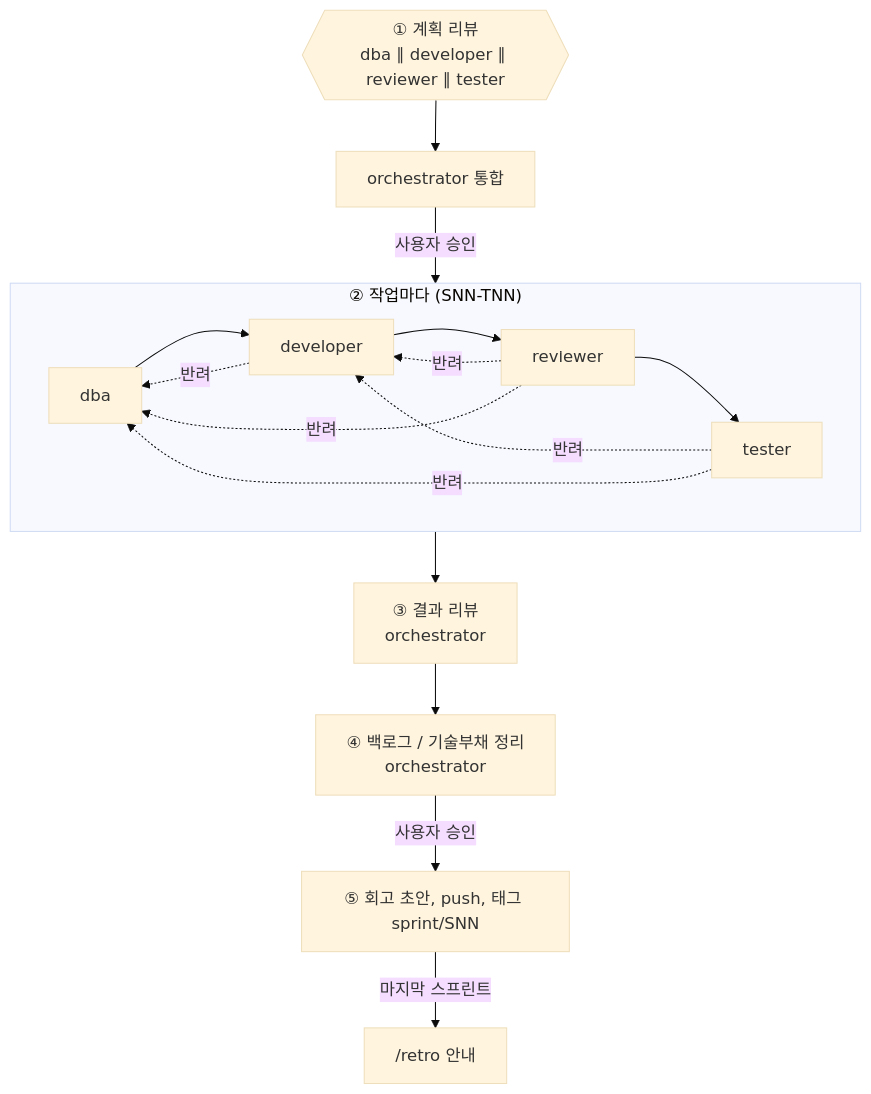
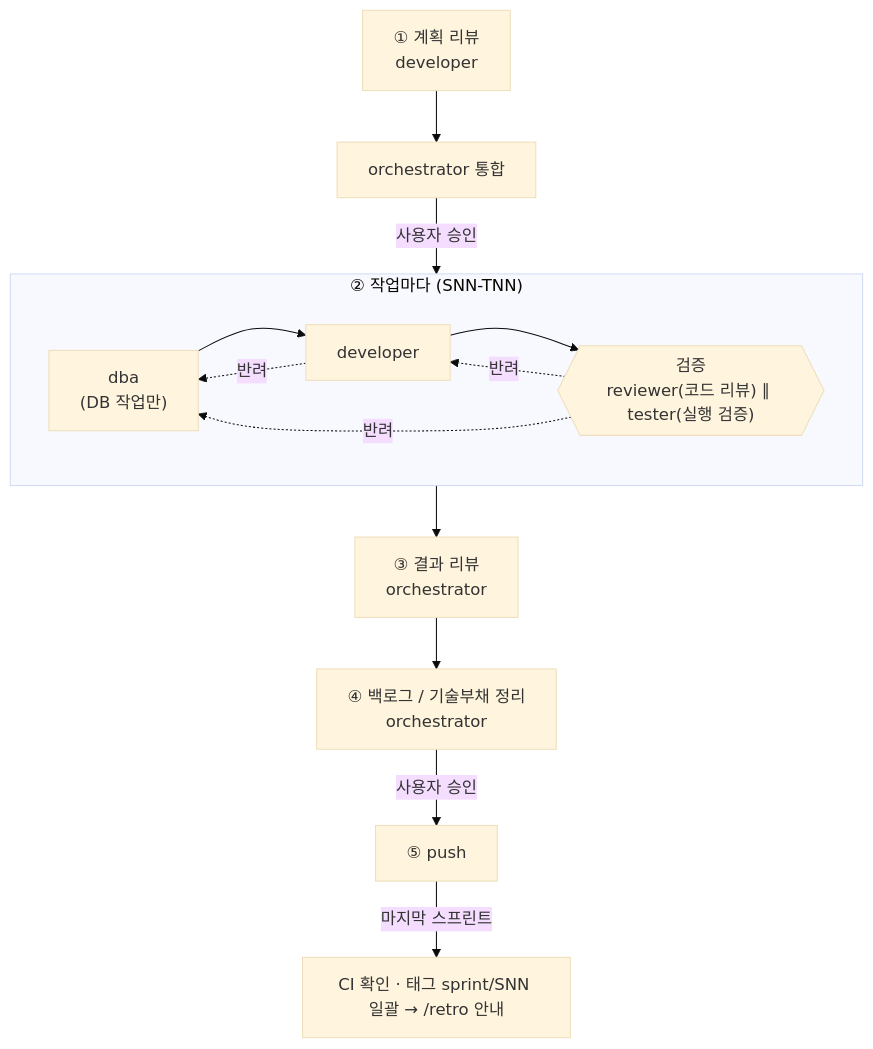
Before and after one commit to thkim-ezabele/task_20260926: the second of 4 diagrams in wiki/10-delivery/agents.md, drawn with Mermaid (base theme). The commit also changed other lines of this file and 7 other files, not shown here.

````diff
--- a/wiki/10-delivery/agents.md
+++ b/wiki/10-delivery/agents.md
@@ -80,18 +80,16 @@
 ```mermaid
 flowchart TB
-    P{{"① 계획 리뷰<br/>dba ∥ developer ∥ reviewer ∥ tester"}} --> PO[orchestrator 통합]
+    P["① 계획 리뷰<br/>developer"] --> PO[orchestrator 통합]
     PO -->|사용자 승인| T
     subgraph T["② 작업마다 (SNN-TNN)"]
         direction LR
-        A[dba] --> B[developer] --> C[reviewer] --> E[tester]
+        A["dba<br/>(DB 작업만)"] --> B[developer] --> V{{"검증<br/>reviewer(코드 리뷰) ∥ tester(실행 검증)"}}
         B -. 반려 .-> A
-        C -. 반려 .-> B
-        C -. 반려 .-> A
-        E -. 반려 .-> B
-        E -. 반려 .-> A
+        V -. 반려 .-> B
+        V -. 반려 .-> A
     end
     T --> O[③ 결과 리뷰<br/>orchestrator]
     O --> BL[④ 백로그 / 기술부채 정리<br/>orchestrator]
-    BL -->|사용자 승인| RE[⑤ 회고 초안, push, 태그 sprint/SNN]
-    RE -->|마지막 스프린트| RT["/retro 안내"]
+    BL -->|사용자 승인| RE[⑤ push]
+    RE -->|마지막 스프린트| CI["CI 확인 · 태그 sprint/SNN 일괄 → /retro 안내"]
 ```
````
